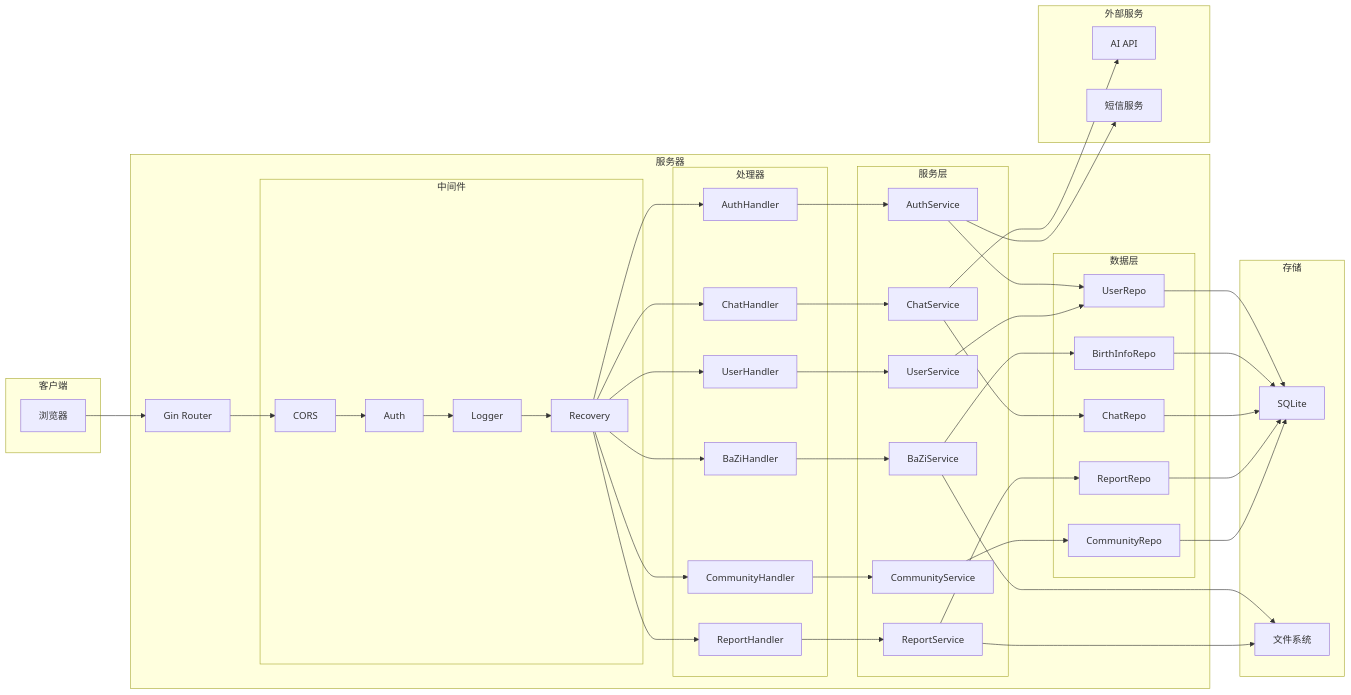
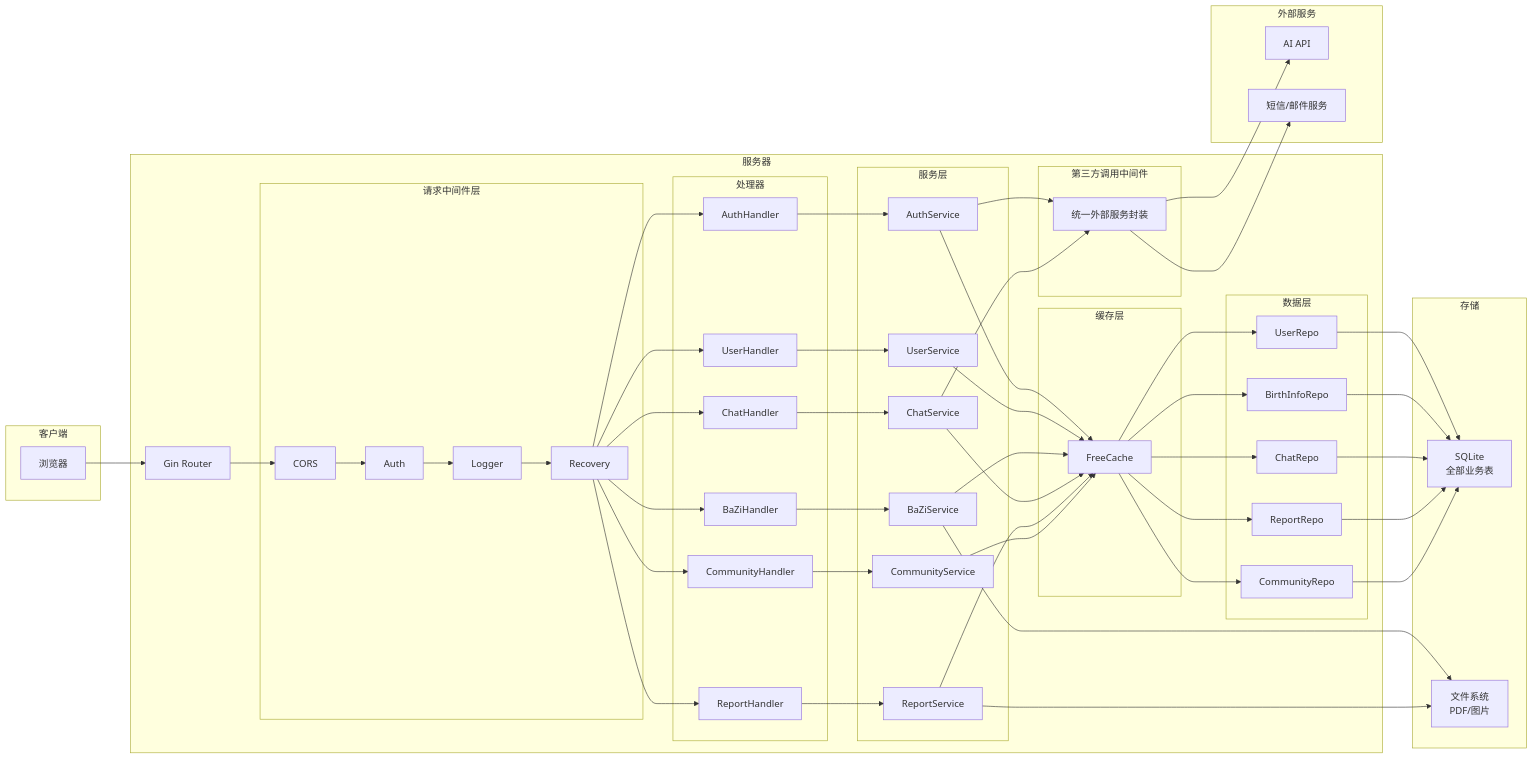
The second of 3 diagrams in .trae/documents/architecture.md (J-W-M/text), drawn with Mermaid before and after one commit. The commit also changed other lines of this file and 70 other files, not shown here.

````diff
--- a/.trae/documents/architecture.md
+++ b/.trae/documents/architecture.md
@@ -324,7 +338,7 @@
     subgraph Server["服务器"]
         B["Gin Router"]
         
-        subgraph Middleware["中间件"]
+        subgraph RequestMiddleware["请求中间件层"]
             C1["CORS"]
             C2["Auth"]
             C3["Logger"]
@@ -349,6 +363,14 @@
             E6["CommunityService"]
         end
         
+        subgraph CacheLayer["缓存层"]
+            CA["FreeCache"]
+        end
+        
+        subgraph ExternalAdapter["第三方调用中间件"]
+            EA["统一外部服务封装"]
+        end
+        
         subgraph Repositories["数据层"]
             F1["UserRepo"]
             F2["BirthInfoRepo"]
@@ -359,13 +381,13 @@
     end
     
     subgraph Storage["存储"]
-        G["SQLite"]
-        H["文件系统"]
+        G["SQLite<br/>全部业务表"]
+        H["文件系统<br/>PDF/图片"]
     end
     
     subgraph External["外部服务"]
         I["AI API"]
-        J["短信服务"]
+        J["短信/邮件服务"]
     end
     
     A --> B
@@ -377,15 +399,18 @@
     D4 --> E4
     D5 --> E5
     D6 --> E6
-    E1 --> F1
-    E2 --> F1
-    E3 --> F2
-    E4 --> F3
-    E5 --> F4
-    E6 --> F5
+    E1 --> CA
+    E2 --> CA
+    E3 --> CA
+    E4 --> CA
+    E5 --> CA
+    E6 --> CA
+    CA --> F1 & F2 & F3 & F4 & F5
     F1 & F2 & F3 & F4 & F5 --> G
     E3 --> H
     E5 --> H
-    E4 --> I
-    E1 --> J
+    E1 --> EA
+    E4 --> EA
+    EA --> I
+    EA --> J
 ```
````
